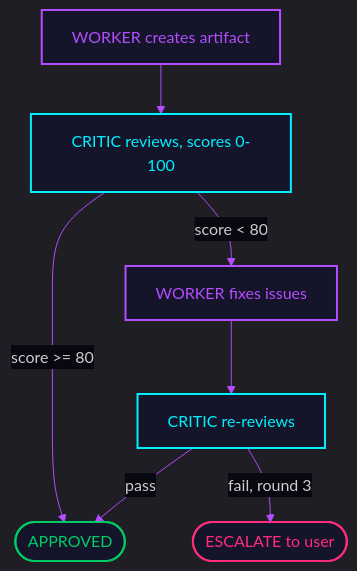
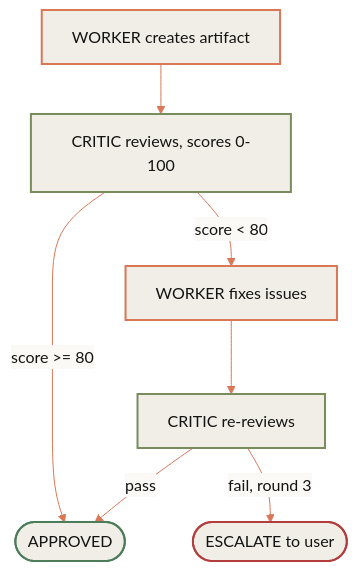
The second of 4 diagrams in guide/architecture.qmd (patrickjcrawford/cc-research-assistant), drawn with Mermaid before and after one commit. The commit also changed other lines of this file and 26 other files, not shown here.

````diff
--- a/guide/architecture.qmd
+++ b/guide/architecture.qmd
@@ -97,15 +97,15 @@
 ```{mermaid}
-%%{init: {'theme': 'dark', 'themeVariables': {'primaryColor': '#14142a', 'primaryTextColor': '#d0d0e0', 'primaryBorderColor': '#b44dff', 'lineColor': '#b44dff', 'secondaryColor': '#0c0c18', 'tertiaryColor': '#080810', 'edgeLabelBackground': '#080810'}}}%%
+%%{init: {'theme': 'base', 'themeVariables': {'primaryColor': '#f0eee6', 'primaryTextColor': '#141413', 'primaryBorderColor': '#d1cfc5', 'lineColor': '#d97757', 'secondaryColor': '#faf9f5', 'tertiaryColor': '#e6e3da', 'edgeLabelBackground': '#faf9f5', 'clusterBkg': '#f0eee6', 'clusterBorder': '#d1cfc5'}}}%%
 flowchart TD
     W[WORKER creates artifact]:::worker --> C[CRITIC reviews, scores 0-100]:::critic
     C -->|score >= 80| A([APPROVED]):::approved
     C -->|score < 80| F[WORKER fixes issues]:::worker
     F --> C2[CRITIC re-reviews]:::critic
     C2 -->|pass| A
     C2 -->|fail, round 3| ESC([ESCALATE to user]):::escalate
 
-    classDef worker fill:#14142a,stroke:#b44dff,color:#b44dff,stroke-width:2px
-    classDef critic fill:#14142a,stroke:#00f0ff,color:#00f0ff,stroke-width:2px
-    classDef approved fill:#14142a,stroke:#00cc66,color:#00cc66,stroke-width:2px
-    classDef escalate fill:#14142a,stroke:#ff2d7b,color:#ff2d7b,stroke-width:2px
+    classDef worker fill:#f0eee6,stroke:#d97757,color:#141413,stroke-width:2px
+    classDef critic fill:#f0eee6,stroke:#788c5d,color:#141413,stroke-width:2px
+    classDef approved fill:#f0eee6,stroke:#4d7c5a,color:#141413,stroke-width:2px
+    classDef escalate fill:#f0eee6,stroke:#b33d3d,color:#141413,stroke-width:2px
 ```
````
